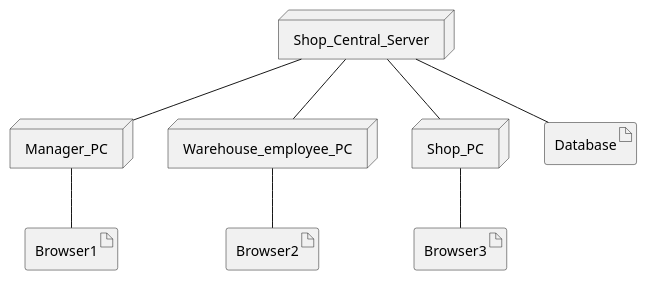
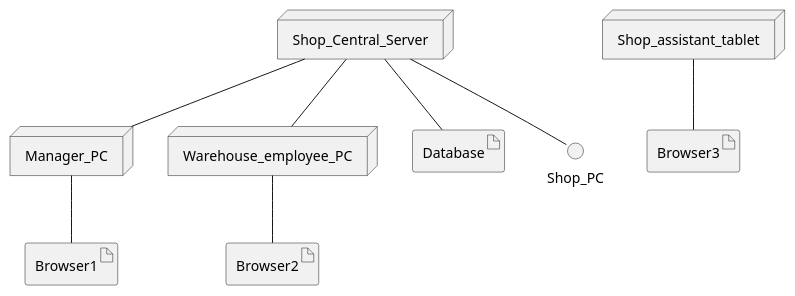
One commit to marco-ballario/EzShop changed the third of 3 diagrams in Deliverables/RequirementsDocument.md. Above: the diagram before and after it, drawn with PlantUML. The commit also changed other lines of this file, not shown here.

````diff
--- a/Deliverables/RequirementsDocument.md
+++ b/Deliverables/RequirementsDocument.md
@@ -452,21 +444,21 @@
 ```plantuml
 node Manager_PC
 node Warehouse_employee_PC
-node Shop_PC
+node Shop_assistant_tablet
 
 artifact Browser1
 artifact Browser2
 artifact Browser3
 
 artifact Database
 node Shop_Central_Server
 
 
 Shop_Central_Server -- Manager_PC
 Shop_Central_Server -- Warehouse_employee_PC
 Shop_Central_Server -- Shop_PC
 Manager_PC -- Browser1
-Shop_PC -- Browser3
+Shop_assistant_tablet -- Browser3
 Warehouse_employee_PC -- Browser2
 Shop_Central_Server -- Database
 ```
````
